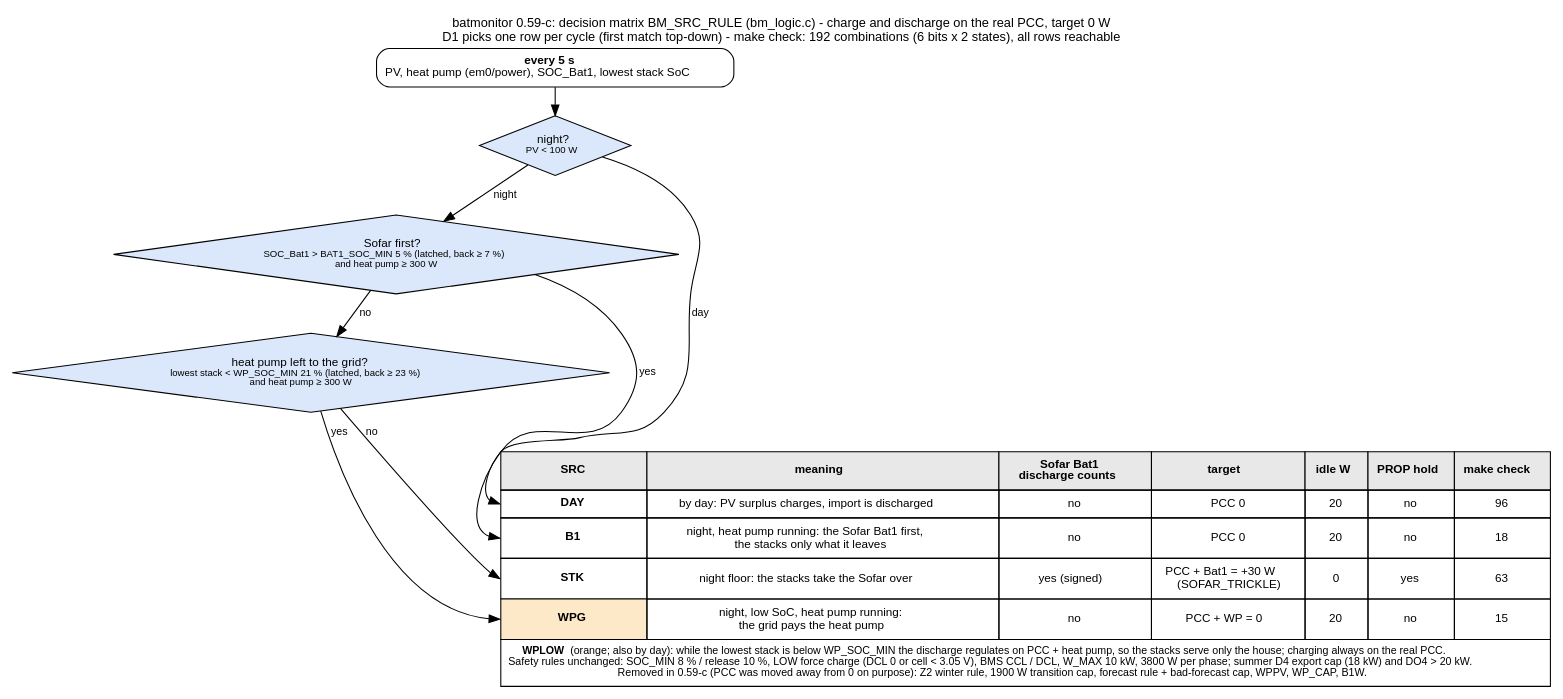
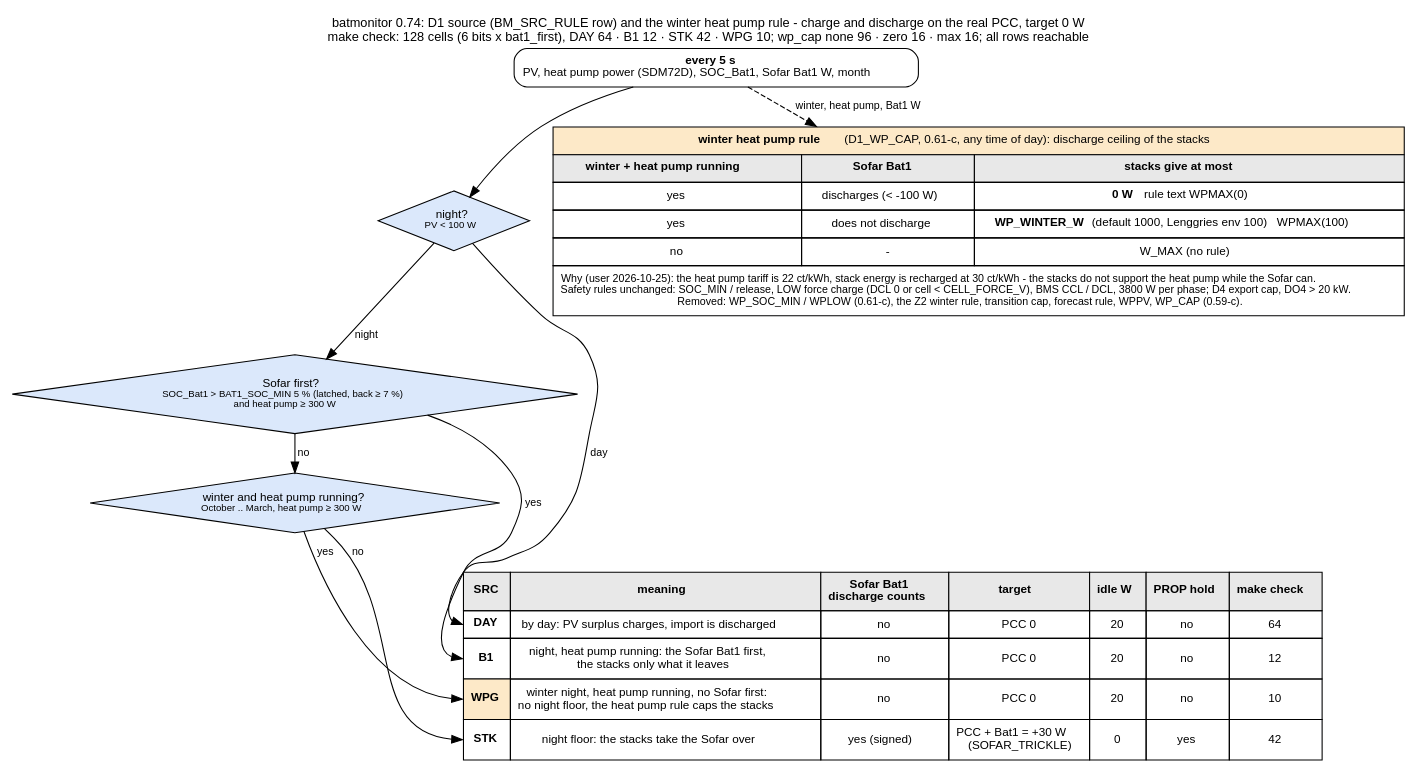
Before and after one commit to gerontec/victron: the diagram in docs/wp_matrix.dot, drawn with Graphviz. The commit also changed 23 other files, not shown here.

First line of the commit message:
docs: diagrams generated from c/bm_tables.h, flow charts updated to 0.74, observed states page

```diff
--- a/docs/wp_matrix.dot
+++ b/docs/wp_matrix.dot
@@ -1,33 +1,44 @@
-// batmonitor 0.59-c: the decision matrix that is left - PCC near 0, one heat pump rule (WP_SOC_MIN).
-// render: dot -Tpdf wp_matrix.dot -o wp_matrix.pdf   (or -Tpng)
+// batmonitor 0.74: D1 - which source row of BM_SRC_RULE a cycle uses, and the winter heat pump rule (0.61-c).
+// The tables themselves: c/bm_tables.h D1_LATCH, D1_B1_FIRST, D1_SRC, D1_WP_CAP (decision_tables / decision_flow).
+// render: python3 docs/gen_docs.py
 digraph wp {
 	graph [rankdir=TB, fontname="Helvetica", fontsize=12, nodesep=0.3, ranksep=0.35, labelloc=t,
-		   label="batmonitor 0.59-c: decision matrix BM_SRC_RULE (bm_logic.c) - charge and discharge on the real PCC, target 0 W\nD1 picks one row per cycle (first match top-down) - make check: 192 combinations (6 bits x 2 states), all rows reachable"];
+		   label="batmonitor 0.74: D1 source (BM_SRC_RULE row) and the winter heat pump rule - charge and discharge on the real PCC, target 0 W\nmake check: 128 cells (6 bits x bat1_first), DAY 64 · B1 12 · STK 42 · WPG 10; wp_cap none 96 · zero 16 · max 16; all rows reachable"];
 	node [shape=box, style="rounded,filled", fontname="Helvetica", fontsize=11, fillcolor="#dbe8fb"];
 	edge [fontname="Helvetica", fontsize=10];
 
-	start [label=<<b>every 5 s</b><br/>PV, heat pump (em0/power), SOC_Bat1, lowest stack SoC>, fillcolor="#ffffff"];
+	start [label=<<b>every 5 s</b><br/>PV, heat pump power (SDM72D), SOC_Bat1, Sofar Bat1 W, month>, fillcolor="#ffffff"];
 	q0 [label=<night?<br/><font point-size="9">PV &lt; 100 W</font>>, shape=diamond, style=filled];
 	q1 [label=<Sofar first?<br/><font point-size="9">SOC_Bat1 &gt; BAT1_SOC_MIN 5 % (latched, back &ge; 7 %)<br/>and heat pump &ge; 300 W</font>>, shape=diamond, style=filled];
-	q2 [label=<heat pump left to the grid?<br/><font point-size="9">lowest stack &lt; WP_SOC_MIN 21 % (latched, back &ge; 23 %)<br/>and heat pump &ge; 300 W</font>>, shape=diamond, style=filled];
+	q2 [label=<winter and heat pump running?<br/><font point-size="9">October .. March, heat pump &ge; 300 W</font>>, shape=diamond, style=filled];
 
 	matrix [shape=plain, label=<
 		<table border="0" cellborder="1" cellspacing="0" cellpadding="6" bgcolor="#ffffff">
 		<tr><td bgcolor="#e8e8e8"><b>SRC</b></td><td bgcolor="#e8e8e8"><b>meaning</b></td><td bgcolor="#e8e8e8"><b>Sofar Bat1<br/>discharge counts</b></td><td bgcolor="#e8e8e8"><b>target</b></td><td bgcolor="#e8e8e8"><b>idle W</b></td><td bgcolor="#e8e8e8"><b>PROP hold</b></td><td bgcolor="#e8e8e8"><b>make check</b></td></tr>
-		<tr><td port="day"><b>DAY</b></td><td>by day: PV surplus charges, import is discharged</td><td>no</td><td>PCC 0</td><td>20</td><td>no</td><td>96</td></tr>
-		<tr><td port="b1"><b>B1</b></td><td>night, heat pump running: the Sofar Bat1 first,<br/>the stacks only what it leaves</td><td>no</td><td>PCC 0</td><td>20</td><td>no</td><td>18</td></tr>
-		<tr><td port="stk"><b>STK</b></td><td>night floor: the stacks take the Sofar over</td><td>yes (signed)</td><td>PCC + Bat1 = +30 W<br/>(SOFAR_TRICKLE)</td><td>0</td><td>yes</td><td>63</td></tr>
-		<tr><td port="wpg" bgcolor="#fde9c8"><b>WPG</b></td><td>night, low SoC, heat pump running:<br/>the grid pays the heat pump</td><td>no</td><td>PCC + WP = 0</td><td>20</td><td>no</td><td>15</td></tr>
-		<tr><td colspan="7" align="left"><font point-size="10"><b>WPLOW</b> (orange; also by day): while the lowest stack is below WP_SOC_MIN the discharge regulates on PCC + heat pump, so the stacks serve only the house; charging always on the real PCC.<br/>
-		Safety rules unchanged: SOC_MIN 8 % / release 10 %, LOW force charge (DCL 0 or cell &lt; 3.05 V), BMS CCL / DCL, W_MAX 10 kW, 3800 W per phase; summer D4 export cap (18 kW) and DO4 &gt; 20 kW.<br/>
-		Removed in 0.59-c (PCC was moved away from 0 on purpose): Z2 winter rule, 1900 W transition cap, forecast rule + bad-forecast cap, WPPV, WP_CAP, B1W.</font></td></tr>
+		<tr><td port="day"><b>DAY</b></td><td>by day: PV surplus charges, import is discharged</td><td>no</td><td>PCC 0</td><td>20</td><td>no</td><td>64</td></tr>
+		<tr><td port="b1"><b>B1</b></td><td>night, heat pump running: the Sofar Bat1 first,<br/>the stacks only what it leaves</td><td>no</td><td>PCC 0</td><td>20</td><td>no</td><td>12</td></tr>
+		<tr><td port="wpg" bgcolor="#fde9c8"><b>WPG</b></td><td>winter night, heat pump running, no Sofar first:<br/>no night floor, the heat pump rule caps the stacks</td><td>no</td><td>PCC 0</td><td>20</td><td>no</td><td>10</td></tr>
+		<tr><td port="stk"><b>STK</b></td><td>night floor: the stacks take the Sofar over</td><td>yes (signed)</td><td>PCC + Bat1 = +30 W<br/>(SOFAR_TRICKLE)</td><td>0</td><td>yes</td><td>42</td></tr>
+		</table>>];
+
+	cap [shape=plain, label=<
+		<table border="0" cellborder="1" cellspacing="0" cellpadding="6" bgcolor="#ffffff">
+		<tr><td colspan="3" bgcolor="#fde9c8"><b>winter heat pump rule</b> (D1_WP_CAP, 0.61-c, any time of day): discharge ceiling of the stacks</td></tr>
+		<tr><td bgcolor="#e8e8e8"><b>winter + heat pump running</b></td><td bgcolor="#e8e8e8"><b>Sofar Bat1</b></td><td bgcolor="#e8e8e8"><b>stacks give at most</b></td></tr>
+		<tr><td>yes</td><td>discharges (&lt; -100 W)</td><td><b>0 W</b>   rule text WPMAX(0)</td></tr>
+		<tr><td>yes</td><td>does not discharge</td><td><b>WP_WINTER_W</b> (default 1000, Lenggries env 100)   WPMAX(100)</td></tr>
+		<tr><td>no</td><td>-</td><td>W_MAX (no rule)</td></tr>
+		<tr><td colspan="3" align="left"><font point-size="10">Why (user 2026-10-25): the heat pump tariff is 22 ct/kWh, stack energy is recharged at 30 ct/kWh - the stacks do not support the heat pump while the Sofar can.<br/>
+		Safety rules unchanged: SOC_MIN / release, LOW force charge (DCL 0 or cell &lt; CELL_FORCE_V), BMS CCL / DCL, 3800 W per phase; D4 export cap, DO4 &gt; 20 kW.<br/>
+		Removed: WP_SOC_MIN / WPLOW (0.61-c), the Z2 winter rule, transition cap, forecast rule, WPPV, WP_CAP (0.59-c).</font></td></tr>
 		</table>>];
 
 	start -> q0;
 	q0 -> matrix:day [label=" day"];
 	q0 -> q1 [label=" night"];
 	q1 -> matrix:b1 [label=" yes"];
 	q1 -> q2 [label=" no"];
 	q2 -> matrix:wpg [label=" yes"];
 	q2 -> matrix:stk [label=" no"];
+	start -> cap [style=dashed, label=" winter, heat pump, Bat1 W"];
 }
```
